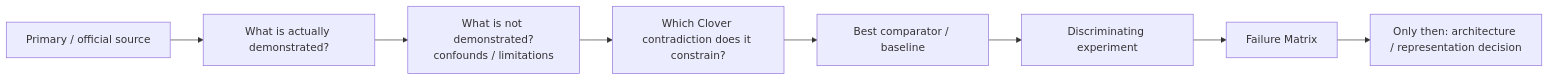
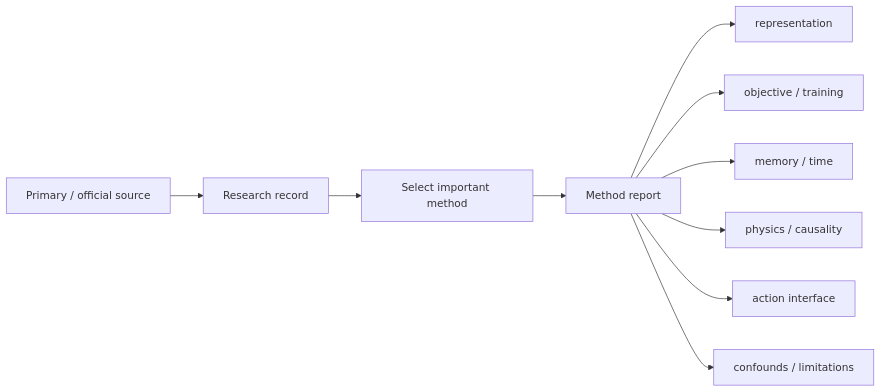
One commit to SchoolWhen/Clover changed the third of 4 diagrams in research/survey/RESEARCH_OVERVIEW.md. Above: the diagram before and after it, drawn with Mermaid. The commit also changed other lines of this file, not shown here.

````diff
--- a/research/survey/RESEARCH_OVERVIEW.md
+++ b/research/survey/RESEARCH_OVERVIEW.md
@@ -128,10 +91,12 @@
 ```mermaid
 flowchart LR
-    S["Primary / official source"] --> CL["What is actually demonstrated?"]
-    CL --> LIM["What is not demonstrated?<br/>confounds / limitations"]
-    LIM --> CON["Which Clover contradiction does it constrain?"]
-    CON --> BL["Best comparator / baseline"]
-    BL --> TEST["Discriminating experiment"]
-    TEST --> FM["Failure Matrix"]
-    FM --> DEC["Only then: architecture / representation decision"]
+    SRC["Primary / official source"] --> REC["Research record"]
+    REC --> SEL["Select important method"]
+    SEL --> MR["Method report"]
+    MR --> REP["representation"]
+    MR --> OBJ["objective / training"]
+    MR --> MEM["memory / time"]
+    MR --> PHYS["physics / causality"]
+    MR --> ACTION["action interface"]
+    MR --> CONF["confounds / limitations"]
 ```
````
